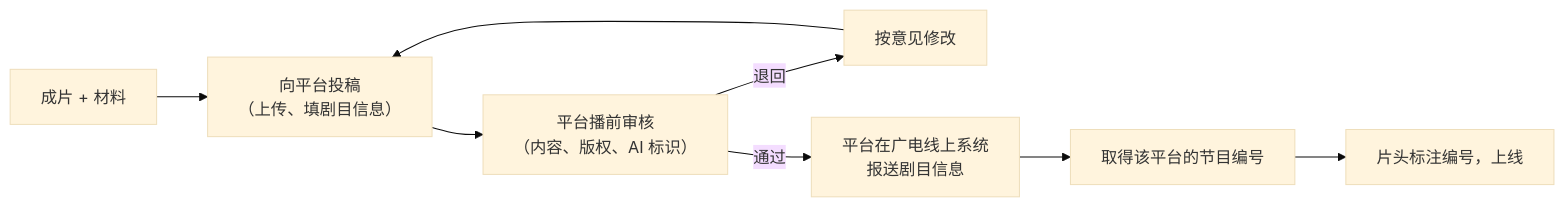
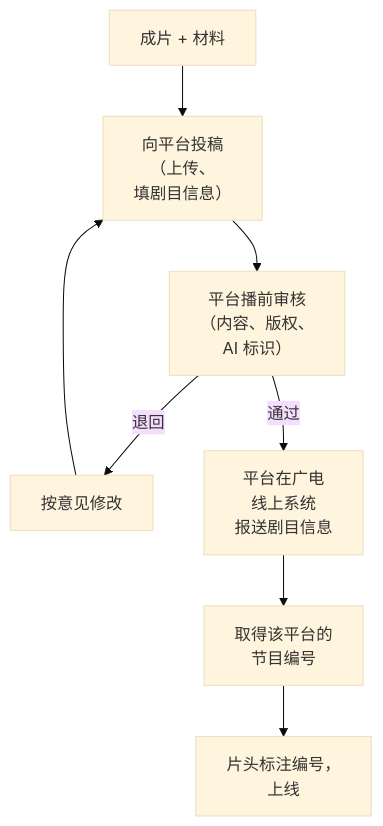
One commit to jarvis-pro/hatch-shelf changed the fifth of 5 diagrams in books/drama-distribution/03-filing-review.md. Above: the diagram before and after it, drawn with Mermaid (base theme). The commit also changed other lines of this file and 432 other files, not shown here.

````diff
--- a/books/drama-distribution/03-filing-review.md
+++ b/books/drama-distribution/03-filing-review.md
@@ -107,10 +132,10 @@
 ```mermaid
-flowchart LR
-  A["成片 + 材料"] --> B["向平台投稿<br/>（上传、填剧目信息）"]
-  B --> C["平台播前审核<br/>（内容、版权、AI 标识）"]
+flowchart TD
+  A["成片 + 材料"] --> B["向平台投稿<br/>（上传、<br/>填剧目信息）"]
+  B --> C["平台播前审核<br/>（内容、版权、<br/>AI 标识）"]
   C -- "退回" --> D["按意见修改"]
   D --> B
-  C -- "通过" --> E["平台在广电线上系统<br/>报送剧目信息"]
-  E --> F["取得该平台的节目编号"]
-  F --> G["片头标注编号，上线"]
+  C -- "通过" --> E["平台在广电<br/>线上系统<br/>报送剧目信息"]
+  E --> F["取得该平台的<br/>节目编号"]
+  F --> G["片头标注编号，<br/>上线"]
 ```
````
